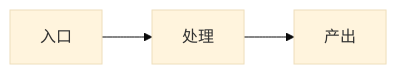
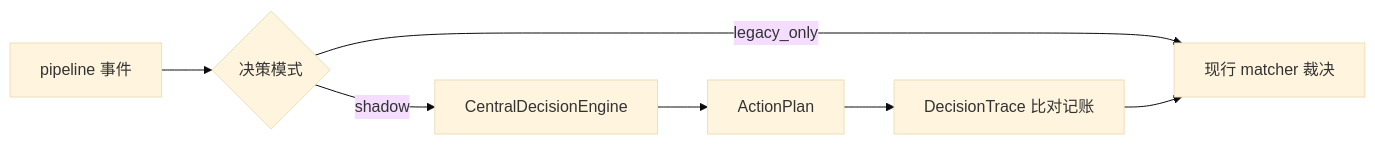
One commit to LancyCelestia/WuWa-Character-Bots changed the diagram in docs/boards/B02-routing-dispatch/decision-engine/README.md. Above: the diagram before and after it, drawn with Mermaid (base theme). The commit also changed other lines of this file and 284 other files, not shown here.

````diff
--- a/docs/boards/B02-routing-dispatch/decision-engine/README.md
+++ b/docs/boards/B02-routing-dispatch/decision-engine/README.md
@@ -28,4 +30,9 @@
 ```mermaid
 flowchart LR
-  in[入口] --> core[处理] --> out[产出]
+  ev[pipeline 事件] --> mode{决策模式}
+  mode -->|legacy_only| legacy[现行 matcher 裁决]
+  mode -->|shadow| engine[CentralDecisionEngine]
+  engine --> plan[ActionPlan]
+  plan --> cmp[DecisionTrace 比对记账]
+  cmp --> legacy
 ```
````
